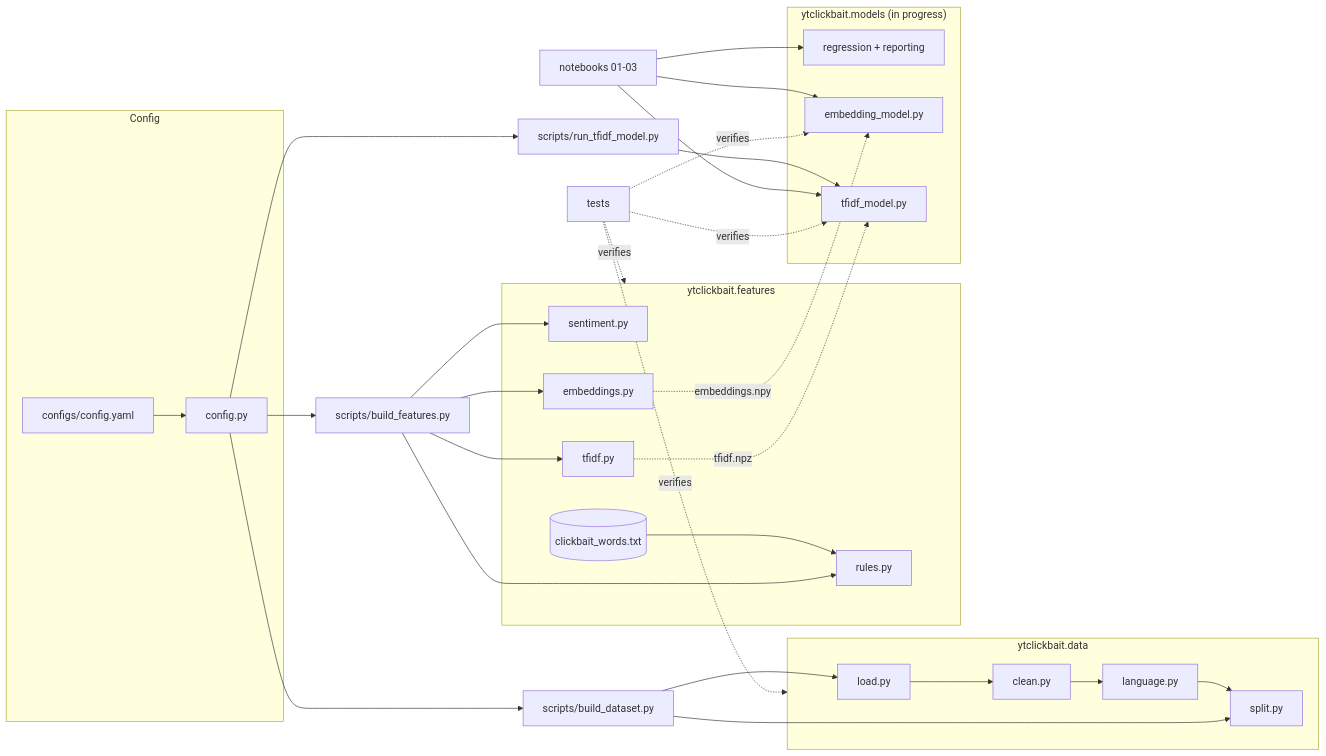
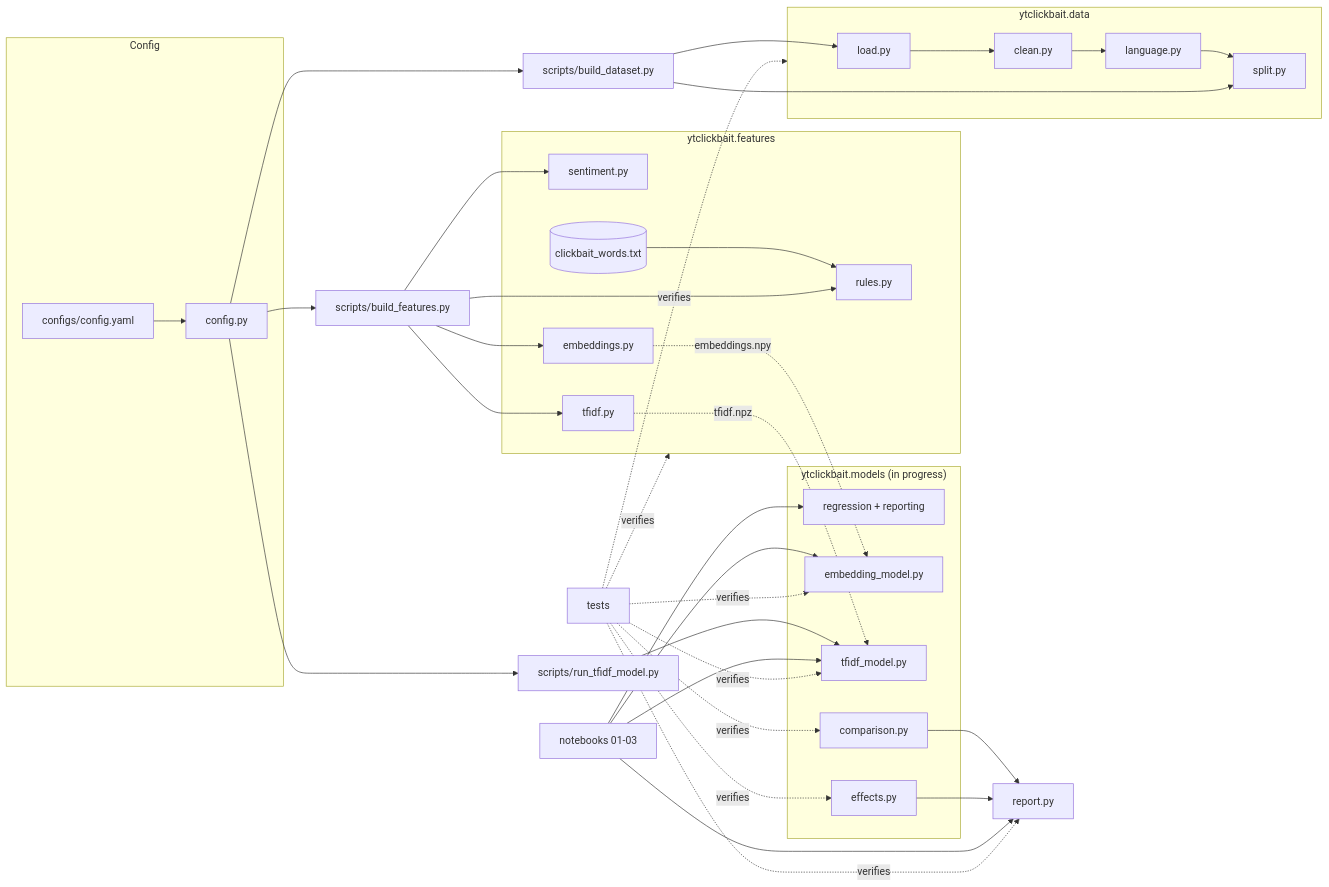
Before and after one commit to kkakkary/yt-clickbait: the second of 4 diagrams in docs/SPEC.md, drawn with Mermaid. The commit also changed other lines of this file and 1 other file, not shown here.

First line of the commit message:
docs(spec): add effects, comparison and report requirements

````diff
--- a/docs/SPEC.md
+++ b/docs/SPEC.md
@@ -273,40 +306,48 @@
 ```mermaid
 flowchart LR
     subgraph CONFIG["Config"]
       CFG["configs/config.yaml"] --> CP["config.py"]
     end
     subgraph DATA["ytclickbait.data"]
       LD["load.py"] --> CL["clean.py"] --> LG["language.py"] --> SP["split.py"]
     end
     subgraph FEAT["ytclickbait.features"]
       RU["rules.py"]
       SE["sentiment.py"]
       TF["tfidf.py"]
       EM["embeddings.py"]
       WL[("clickbait_words.txt")] --> RU
     end
     subgraph MODELS["ytclickbait.models (in progress)"]
       MO["regression + reporting"]
       EMM["embedding_model.py"]
       TFM["tfidf_model.py"]
+      CMP["comparison.py"]
+      EFF["effects.py"]
     end
     S1["scripts/build_dataset.py"] --> LD
     S1 --> SP
     S2["scripts/build_features.py"] --> RU
     S2 --> SE
     S2 --> TF
     S2 --> EM
     CP --> S1
     CP --> S2
     EM -.->|"embeddings.npy"| EMM
     TF -.->|"tfidf.npz"| TFM
     S3["scripts/run_tfidf_model.py"] --> TFM
     CP --> S3
     NB["notebooks 01-03"] --> MO
     NB --> EMM
     NB --> TFM
+    CMP --> RPT["report.py"]
+    EFF --> RPT
+    NB --> RPT
     T["tests"] -.->|"verifies"| DATA
     T -.->|"verifies"| FEAT
     T -.->|"verifies"| EMM
     T -.->|"verifies"| TFM
+    T -.->|"verifies"| CMP
+    T -.->|"verifies"| EFF
+    T -.->|"verifies"| RPT
 ```
````
